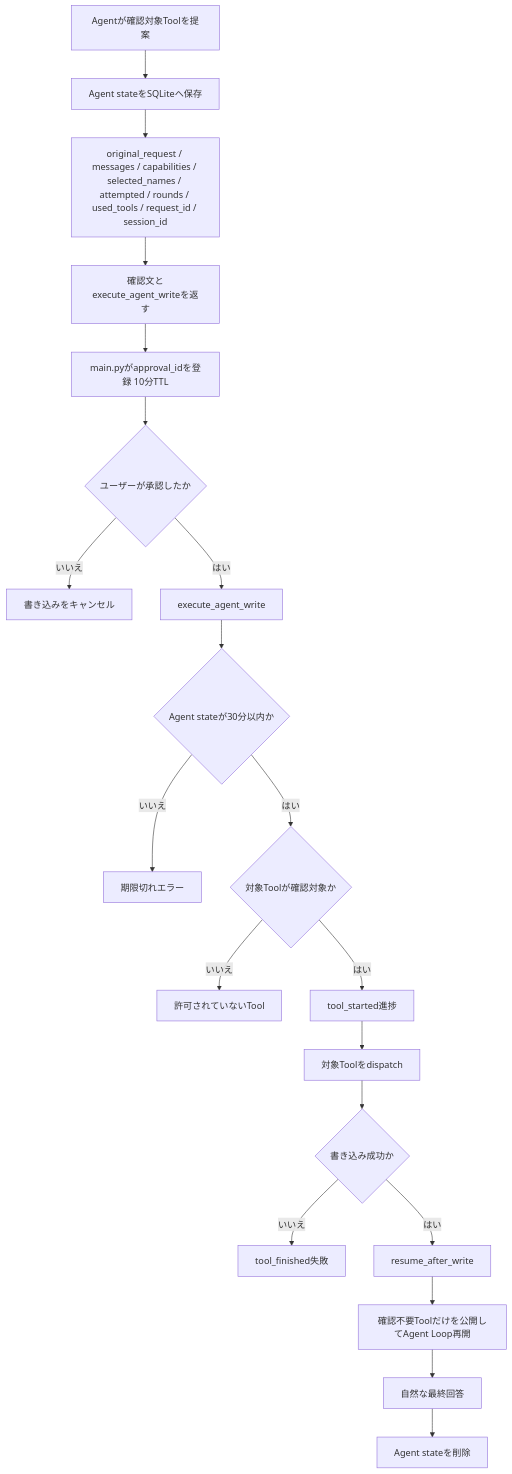
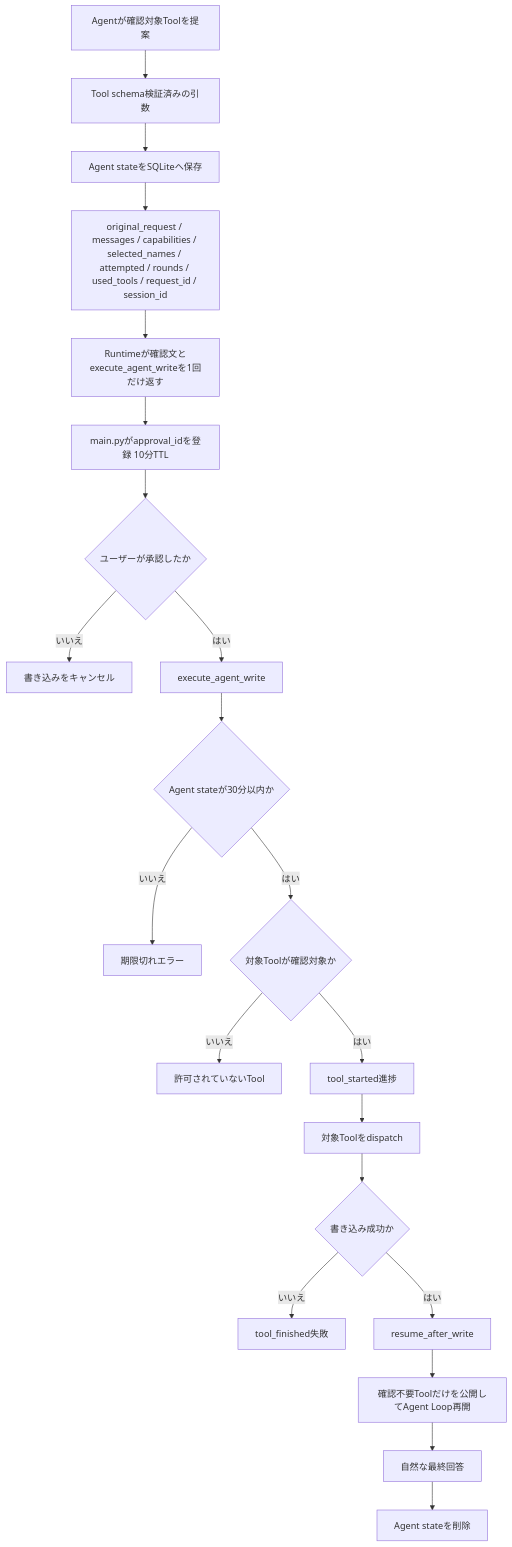
The seventh of 12 diagrams in docs/runtime-flows.md (Soso2e/PETIT), drawn with Mermaid before and after one commit. The commit also changed other lines of this file and 9 other files, not shown here.

````diff
--- a/docs/runtime-flows.md
+++ b/docs/runtime-flows.md
@@ -242,33 +256,34 @@
 ```mermaid
 flowchart TD
     proposal[Agentが確認対象Toolを提案]
+    args[Tool schema検証済みの引数]
     saveState[Agent stateをSQLiteへ保存]
     stored["original_request / messages / capabilities / selected_names / attempted / rounds / used_tools / request_id / session_id"]
-    confirmation[確認文とexecute_agent_writeを返す]
+    confirmation[Runtimeが確認文とexecute_agent_writeを1回だけ返す]
     register[main.pyがapproval_idを登録 10分TTL]
     decision{ユーザーが承認したか}
     cancel[書き込みをキャンセル]
     wrapper[execute_agent_write]
     load{Agent stateが30分以内か}
     expired[期限切れエラー]
     validate{対象Toolが確認対象か}
     invalid[許可されていないTool]
     started[tool_started進捗]
     dispatch[対象Toolをdispatch]
     failed{書き込み成功か}
     failure[tool_finished失敗]
     resume[resume_after_write]
     readOnly[確認不要Toolだけを公開してAgent Loop再開]
     final[自然な最終回答]
     delete[Agent stateを削除]
 
-    proposal --> saveState --> stored --> confirmation --> register --> decision
+    proposal --> args --> saveState --> stored --> confirmation --> register --> decision
     decision -->|いいえ| cancel
     decision -->|はい| wrapper --> load
     load -->|いいえ| expired
     load -->|はい| validate
     validate -->|いいえ| invalid
     validate -->|はい| started --> dispatch --> failed
     failed -->|いいえ| failure
     failed -->|はい| resume --> readOnly --> final --> delete
 ```
````
